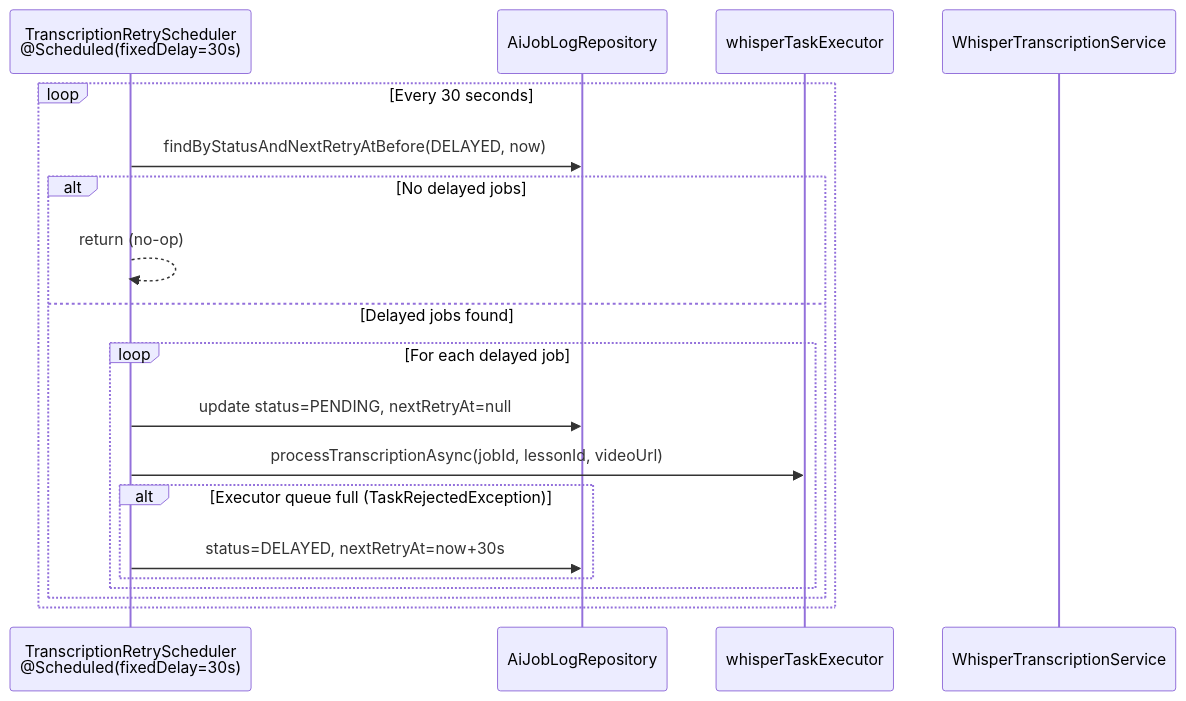
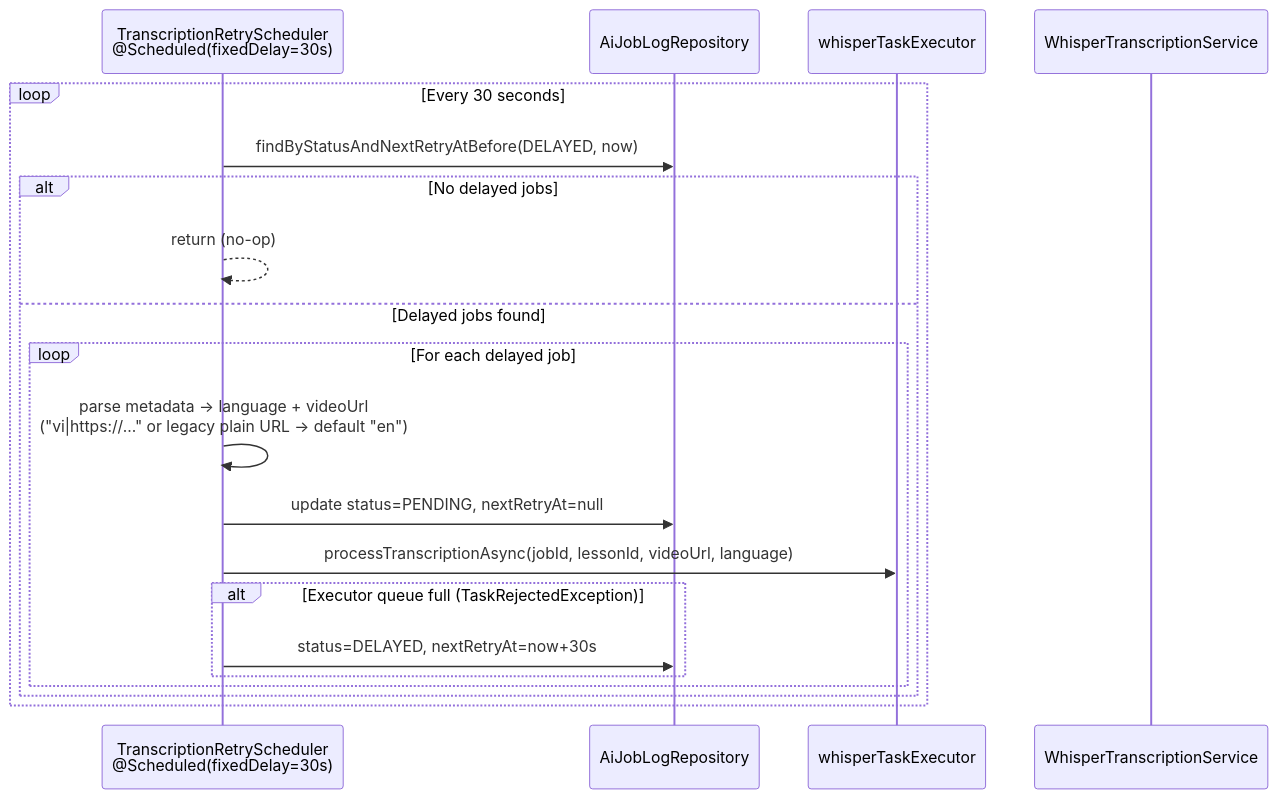
The fifth of 16 diagrams in docs/workflows/ai_workflows.md (HuuLocFIT/EduMind), drawn with Mermaid before and after one commit. The commit also changed other lines of this file and 13 other files, not shown here.

Commit message:
feat: enhance transcription service to support language selection and update related components

````diff
--- a/docs/workflows/ai_workflows.md
+++ b/docs/workflows/ai_workflows.md
@@ -319,22 +319,23 @@
 ```mermaid
 sequenceDiagram
     participant Scheduler as TranscriptionRetryScheduler<br>@Scheduled(fixedDelay=30s)
     participant JobRepo as AiJobLogRepository
     participant Executor as whisperTaskExecutor
     participant TransSvc as WhisperTranscriptionService
 
     loop Every 30 seconds
         Scheduler->>JobRepo: findByStatusAndNextRetryAtBefore(DELAYED, now)
         alt No delayed jobs
             Scheduler-->>Scheduler: return (no-op)
         else Delayed jobs found
             loop For each delayed job
+                Scheduler->>Scheduler: parse metadata → language + videoUrl<br/>("vi|https://..." or legacy plain URL → default "en")
                 Scheduler->>JobRepo: update status=PENDING, nextRetryAt=null
-                Scheduler->>Executor: processTranscriptionAsync(jobId, lessonId, videoUrl)
+                Scheduler->>Executor: processTranscriptionAsync(jobId, lessonId, videoUrl, language)
                 alt Executor queue full (TaskRejectedException)
                     Scheduler->>JobRepo: status=DELAYED, nextRetryAt=now+30s
                 end
             end
         end
     end
 ```
````
